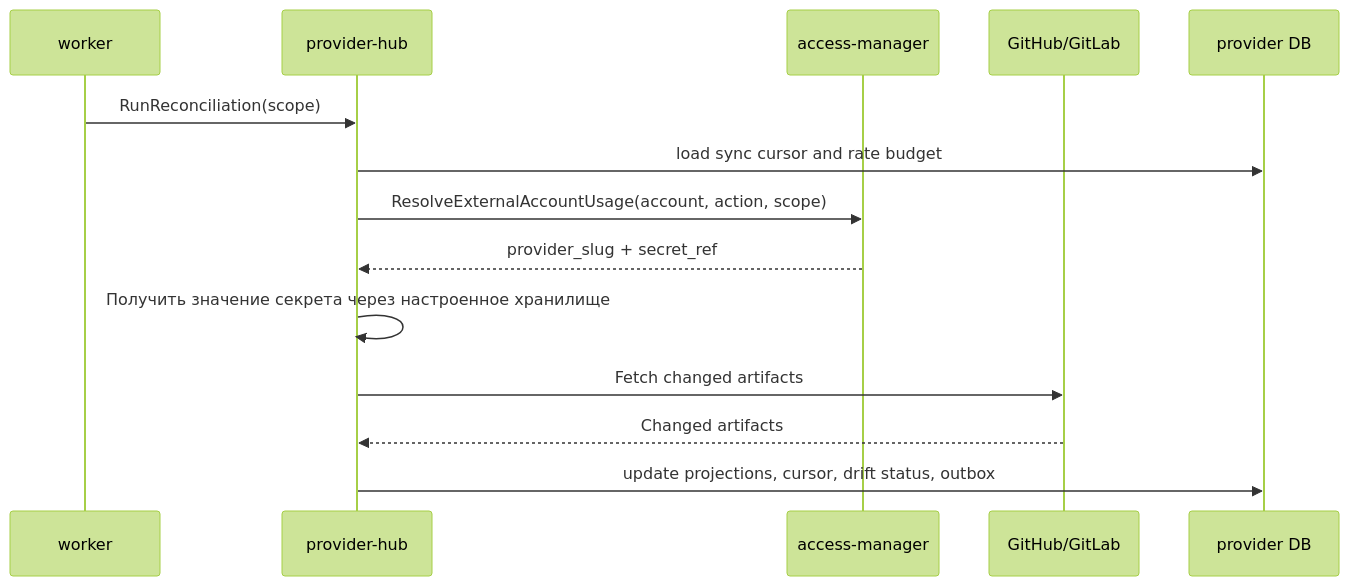
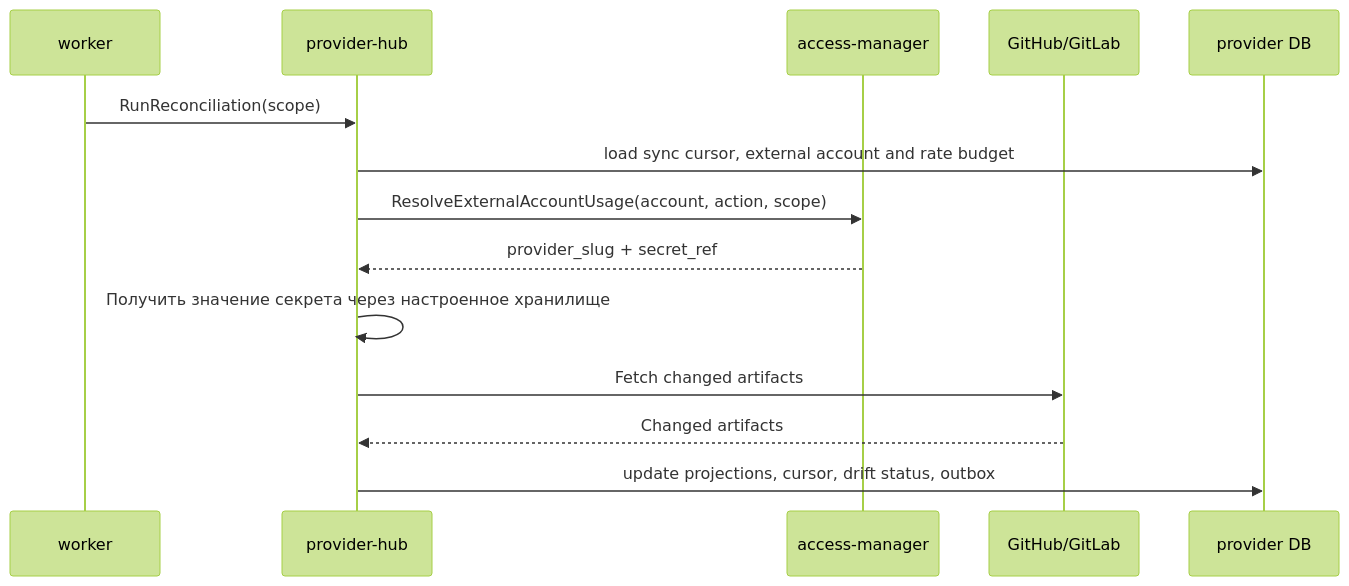
One commit to codex-k8s/kodex changed the second of 4 diagrams in docs/domains/provider-native-work-items/architecture/design.md. Above: the diagram before and after it, drawn with Mermaid (forest theme). The commit also changed other lines of this file and 28 other files, not shown here.

````diff
--- a/docs/domains/provider-native-work-items/architecture/design.md
+++ b/docs/domains/provider-native-work-items/architecture/design.md
@@ -92,16 +92,16 @@
 ```mermaid
 sequenceDiagram
   participant W as worker
   participant H as provider-hub
   participant A as access-manager
   participant P as GitHub/GitLab
   participant DB as provider DB
   W->>H: RunReconciliation(scope)
-  H->>DB: load sync cursor and rate budget
+  H->>DB: load sync cursor, external account and rate budget
   H->>A: ResolveExternalAccountUsage(account, action, scope)
   A-->>H: provider_slug + secret_ref
   H->>H: Получить значение секрета через настроенное хранилище
   H->>P: Fetch changed artifacts
   P-->>H: Changed artifacts
   H->>DB: update projections, cursor, drift status, outbox
 ```
````
